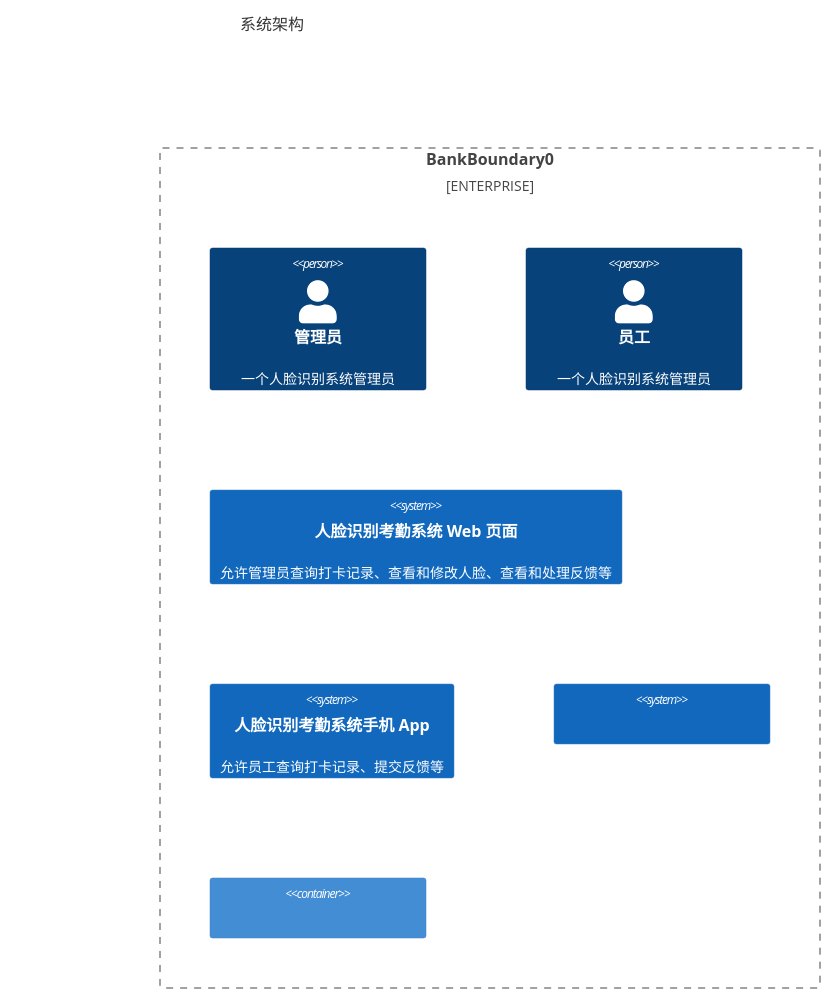
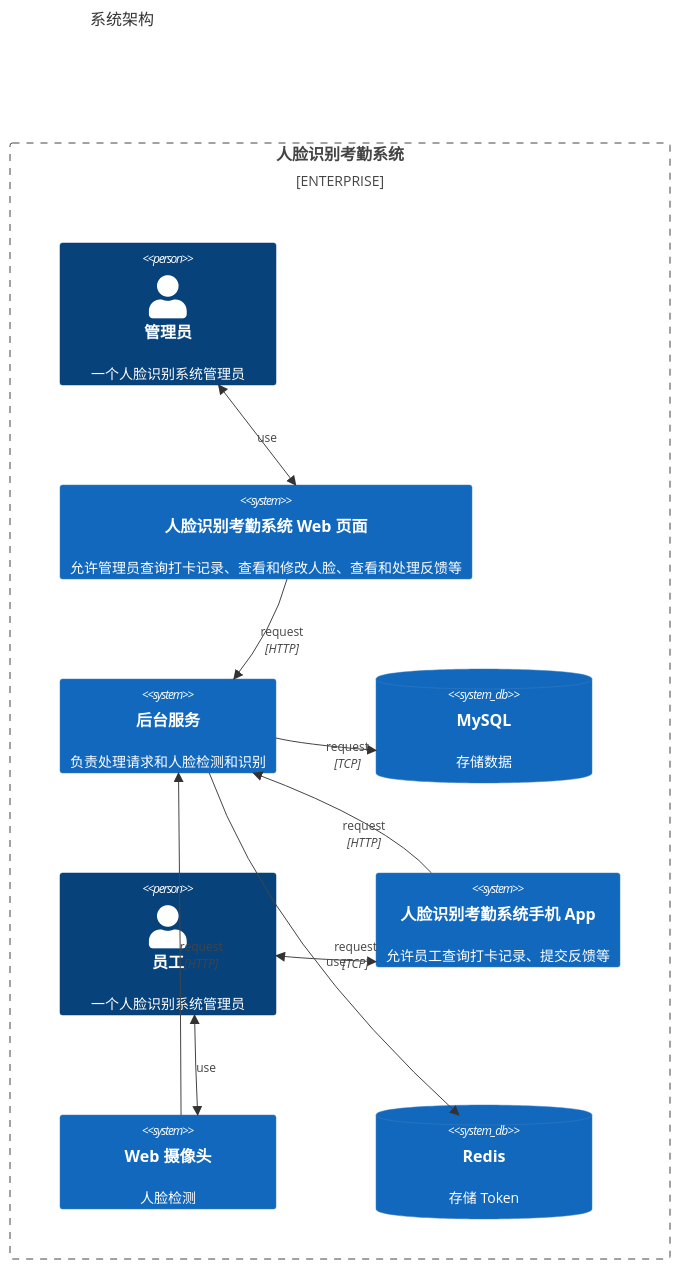
Before and after one commit to Face-recognition-punching-system/.github: the second of 3 diagrams in profile/README.md, drawn with Mermaid. The commit also changed other lines of this file, not shown here.

````diff
--- a/profile/README.md
+++ b/profile/README.md
@@ -30,12 +42,22 @@
 ```mermaid
-    C4Context
-      title 系统架构
-      Enterprise_Boundary(b0, "BankBoundary0") {
-        Person(admin, "管理员", "一个人脸识别系统管理员")
-        Person(worker, "员工", "一个人脸识别系统管理员")
-        System(systemA, "人脸识别考勤系统 Web 页面", "允许管理员查询打卡记录、查看和修改人脸、查看和处理反馈等")
-        System(systemB, "人脸识别考勤系统手机 App", "允许员工查询打卡记录、提交反馈等")
-        System(SystemC, "", "")
-        Container(D, "", "")
-      }
+C4Context
+title 系统架构
+Enterprise_Boundary(b0, "人脸识别考勤系统") {
+  Person(admin, "管理员", "一个人脸识别系统管理员")
+  System(Web, "人脸识别考勤系统 Web 页面", "允许管理员查询打卡记录、查看和修改人脸、查看和处理反馈等")
+  System(Server, "后台服务", "负责处理请求和人脸检测和识别")
+  SystemDb(MySQL, "MySQL", "存储数据")
+  Person(worker, "员工", "一个人脸识别系统管理员")
+  System(App, "人脸识别考勤系统手机 App", "允许员工查询打卡记录、提交反馈等")
+  System(Video, "Web 摄像头", "人脸检测")
+  SystemDb(Redis, "Redis", "存储 Token")
+  BiRel(admin, Web, "use")
+  BiRel(worker, App, "use")
+  BiRel(worker, Video, "use")
+  Rel(Web, Server, "request", "HTTP")
+  Rel(App, Server, "request", "HTTP")
+  Rel(Video, Server, "request", "HTTP")
+  Rel(Server, MySQL, "request", "TCP")
+  Rel(Server, Redis, "request", "TCP")
+}
 ```
````
